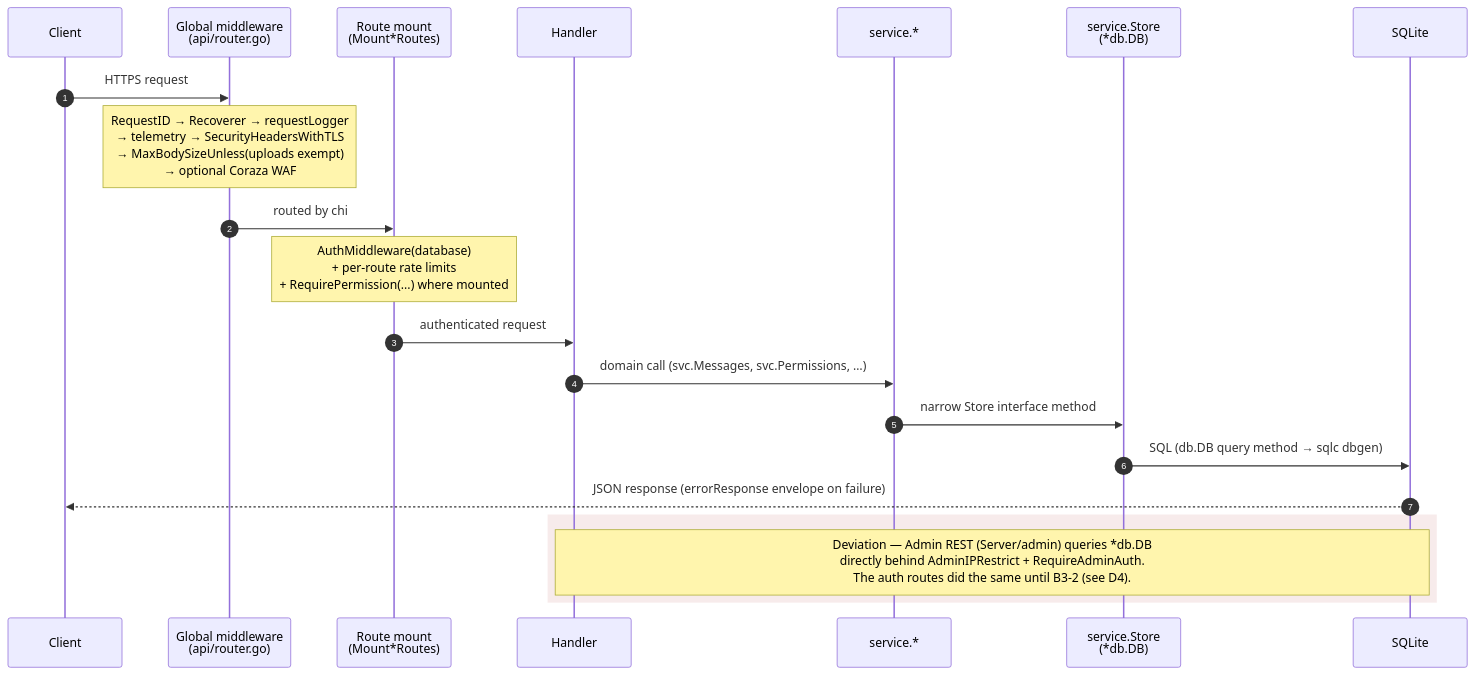
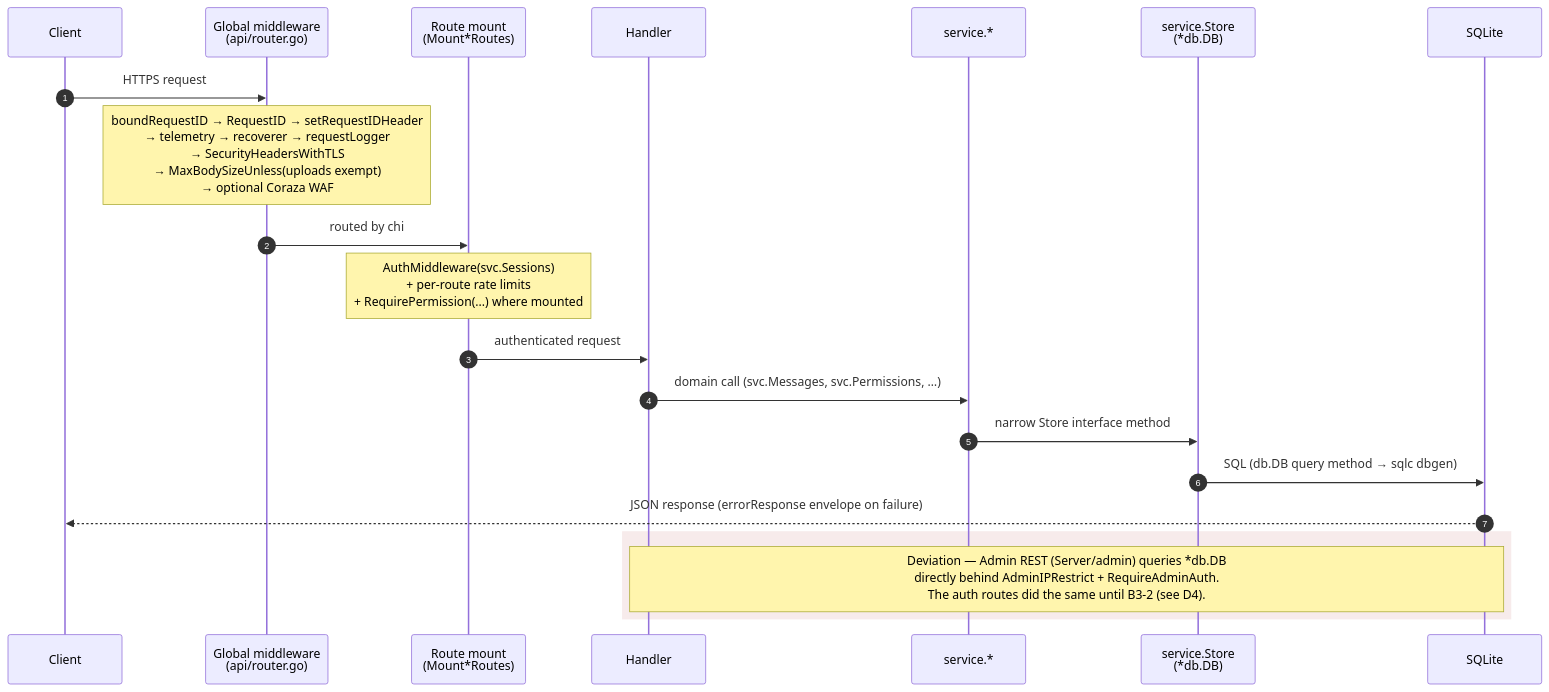
One commit to J3vb/OwnCord changed the second of 2 diagrams in docs/architecture/server.md. Above: the diagram before and after it, drawn with Mermaid. The commit also changed other lines of this file and 15 other files, not shown here.

First line of the commit message:
docs(architecture): refresh reference docs against dev and simplify wording

````diff
--- a/docs/architecture/server.md
+++ b/docs/architecture/server.md
@@ -109,25 +125,25 @@
 ```mermaid
 sequenceDiagram
     autonumber
     participant C as Client
     participant MW as Global middleware<br/>(api/router.go)
     participant RT as Route mount<br/>(Mount*Routes)
     participant H as Handler
     participant S as service.*
     participant ST as service.Store<br/>(*db.DB)
     participant DB as SQLite
 
     C->>MW: HTTPS request
-    Note over MW: RequestID → Recoverer → requestLogger<br/>→ telemetry → SecurityHeadersWithTLS<br/>→ MaxBodySizeUnless(uploads exempt)<br/>→ optional Coraza WAF
+    Note over MW: boundRequestID → RequestID → setRequestIDHeader<br/>→ telemetry → recoverer → requestLogger<br/>→ SecurityHeadersWithTLS<br/>→ MaxBodySizeUnless(uploads exempt)<br/>→ optional Coraza WAF
     MW->>RT: routed by chi
-    Note over RT: AuthMiddleware(database)<br/>+ per-route rate limits<br/>+ RequirePermission(...) where mounted
+    Note over RT: AuthMiddleware(svc.Sessions)<br/>+ per-route rate limits<br/>+ RequirePermission(...) where mounted
     RT->>H: authenticated request
     H->>S: domain call (svc.Messages, svc.Permissions, …)
     S->>ST: narrow Store interface method
     ST->>DB: SQL (db.DB query method → sqlc dbgen)
     DB-->>C: JSON response (errorResponse envelope on failure)
 
     rect rgba(200,120,120,0.15)
         Note over H,DB: Deviation — Admin REST (Server/admin) queries *db.DB<br/>directly behind AdminIPRestrict + RequireAdminAuth.<br/>The auth routes did the same until B3-2 (see D4).
     end
 ```
````
